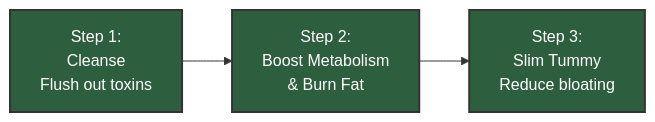
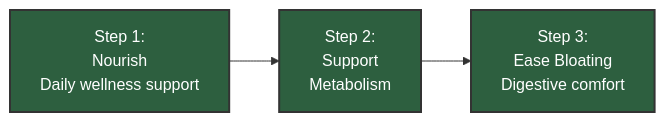
Before and after one commit to xpertadvisor/KiWish: the first of 4 diagrams in Assets/kiwish_product_info.md, drawn with Mermaid. The commit also changed other lines of this file and 3 other files, not shown here.

````diff
--- a/Assets/kiwish_product_info.md
+++ b/Assets/kiwish_product_info.md
@@ -32,9 +35,9 @@
 ```mermaid
 flowchart LR
-    A[Step 1:<br/>Cleanse<br/>Flush out toxins] --> B[Step 2:<br/>Boost Metabolism<br/>& Burn Fat]
-    B --> C[Step 3:<br/>Slim Tummy<br/>Reduce bloating]
+    A[Step 1:<br/>Nourish<br/>Daily wellness support] --> B[Step 2:<br/>Support<br/>Metabolism]
+    B --> C[Step 3:<br/>Ease Bloating<br/>Digestive comfort]
     
     style A fill:#2d5f3f,stroke:#333,stroke-width:2px,color:#fff
     style B fill:#2d5f3f,stroke:#333,stroke-width:2px,color:#fff
     style C fill:#2d5f3f,stroke:#333,stroke-width:2px,color:#fff
 ```
````
